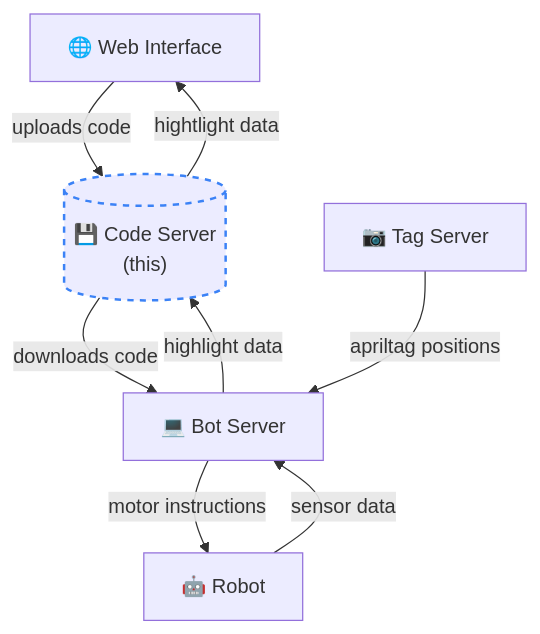
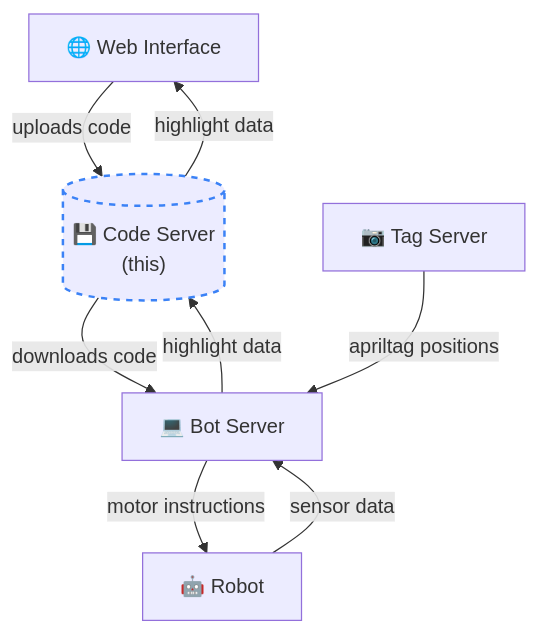
The diagram in readme.md (AutoSumo/code-server), drawn with Mermaid before and after one commit.

Commit message:
fix readme typo (hightlight -> highlight)

````diff
--- a/readme.md
+++ b/readme.md
@@ -5,17 +5,17 @@
 ```mermaid
 flowchart TD
     web["🌐 Web Interface"] -->|uploads code| code-server[("💾 Code Server\n(this)")]
-    code-server -->|hightlight data| web
+    code-server -->|highlight data| web
     code-server -->|downloads code| bot-server["💻 Bot Server"]
     bot-server -->|highlight data| code-server
     bot-server -->|motor instructions| robot["🤖 Robot"]
     robot -->|sensor data| bot-server
     tag-server["📷 Tag Server"] -->|apriltag positions| bot-server
     
     style code-server stroke-width:2px,stroke-dasharray: 5 5,stroke:#3b82f6
     
     click web "https://github.com/AutoSumo/web"
     click bot-server "https://github.com/AutoSumo/server"
     click robot "https://github.com/AutoSumo/robot"
     click tag-server "https://github.com/AutoSumo/tag-server"
 ```
````
